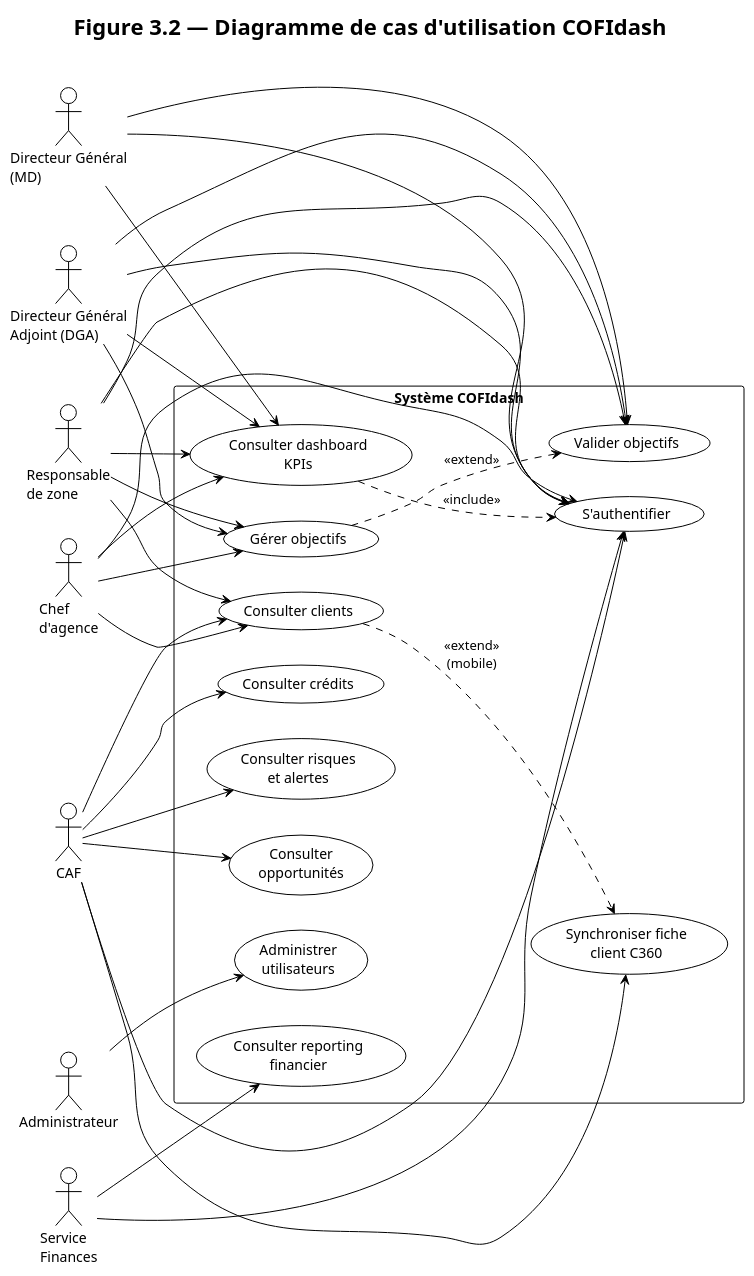
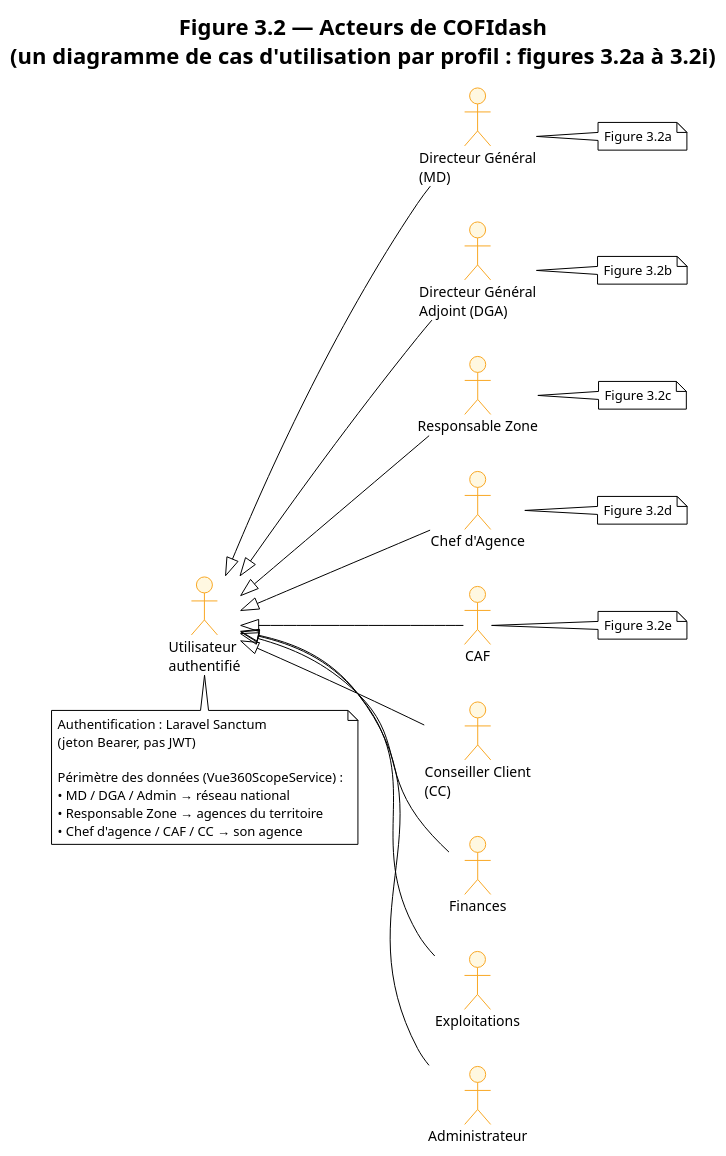
Before and after one commit to Modou1ngom/cofidash: the diagram in docs/plantuml/02_cas_utilisation.puml, drawn with PlantUML. The commit also changed 39 other files, not shown here.

```diff
--- a/docs/plantuml/02_cas_utilisation.puml
+++ b/docs/plantuml/02_cas_utilisation.puml
@@ -1,67 +1,67 @@
-@startuml cas_utilisation_cofidash
+@startuml cas_utilisation_acteurs
 !theme plain
-title Figure 3.2 — Diagramme de cas d'utilisation COFIdash
-
 skinparam shadowing false
 skinparam defaultFontName Arial
+skinparam usecase {
+  BackgroundColor #E8F4FD
+  BorderColor #1565C0
+}
+skinparam actor {
+  BackgroundColor #FFF8E1
+  BorderColor #F9A825
+}
+skinparam sequenceMessageAlign center
+skinparam ActivityDiamondBackgroundColor #FFF8E1
+title Figure 3.2 — Acteurs de COFIdash\n(un diagramme de cas d'utilisation par profil : figures 3.2a à 3.2i)
+
 left to right direction
+
+actor "Utilisateur\nauthentifié" as U
 
 actor "Directeur Général\n(MD)" as MD
 actor "Directeur Général\nAdjoint (DGA)" as DGA
-actor "Responsable\nde zone" as RZ
-actor "Chef\nd'agence" as CA
+actor "Responsable Zone" as RZ
+actor "Chef d'Agence" as CA
 actor "CAF" as CAF
-actor "Service\nFinances" as FIN
+actor "Conseiller Client\n(CC)" as CC
+actor "Finances" as FIN
+actor "Exploitations" as EXP
 actor "Administrateur" as ADM
 
-rectangle "Système COFIdash" {
-  usecase "S'authentifier" as UC1
-  usecase "Consulter dashboard\nKPIs" as UC2
-  usecase "Consulter clients" as UC3
-  usecase "Consulter crédits" as UC4
-  usecase "Gérer objectifs" as UC5
-  usecase "Valider objectifs" as UC6
-  usecase "Consulter risques\net alertes" as UC7
-  usecase "Consulter reporting\nfinancier" as UC8
-  usecase "Synchroniser fiche\nclient C360" as UC9
-  usecase "Administrer\nutilisateurs" as UC10
-  usecase "Consulter\nopportunités" as UC11
-}
+U <|-- MD
+U <|-- DGA
+U <|-- RZ
+U <|-- CA
+U <|-- CAF
+U <|-- CC
+U <|-- FIN
+U <|-- EXP
+U <|-- ADM
 
-MD --> UC1
-MD --> UC2
-MD --> UC6
+note bottom of U
+  Authentification : Laravel Sanctum
+  (jeton Bearer, pas JWT)
 
-DGA --> UC1
-DGA --> UC2
-DGA --> UC5
-DGA --> UC6
+  Périmètre des données (Vue360ScopeService) :
+  • MD / DGA / Admin → réseau national
+  • Responsable Zone → agences du territoire
+  • Chef d'agence / CAF / CC → son agence
+end note
 
-RZ --> UC1
-RZ --> UC2
-RZ --> UC3
-RZ --> UC5
-RZ --> UC6
-
-CA --> UC1
-CA --> UC2
-CA --> UC3
-CA --> UC5
-
-CAF --> UC1
-CAF --> UC3
-CAF --> UC4
-CAF --> UC7
-CAF --> UC9
-CAF --> UC11
-
-FIN --> UC1
-FIN --> UC8
-
-ADM --> UC10
-
-UC2 ..> UC1 : <<include>>
-UC5 ..> UC6 : <<extend>>
-UC3 ..> UC9 : <<extend>>\n(mobile)
+note right of MD
+  Figure 3.2a
+end note
+note right of DGA
+  Figure 3.2b
+end note
+note right of RZ
+  Figure 3.2c
+end note
+note right of CA
+  Figure 3.2d
+end note
+note right of CAF
+  Figure 3.2e
+end note
 
 @enduml
```
